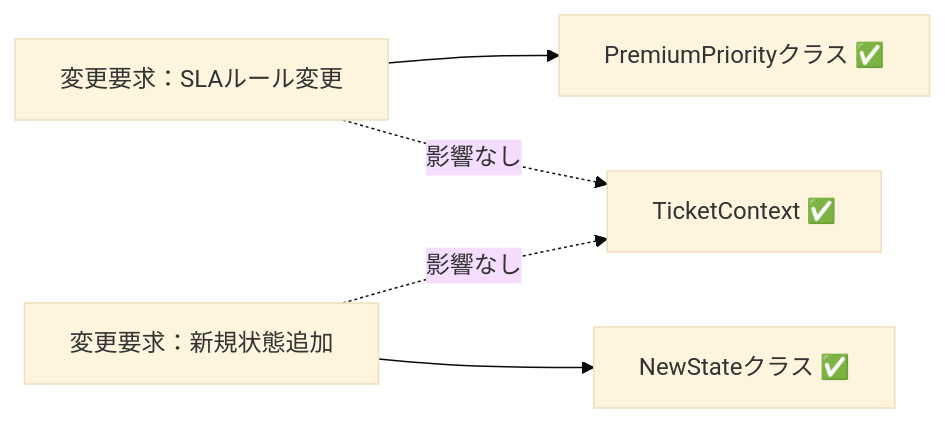
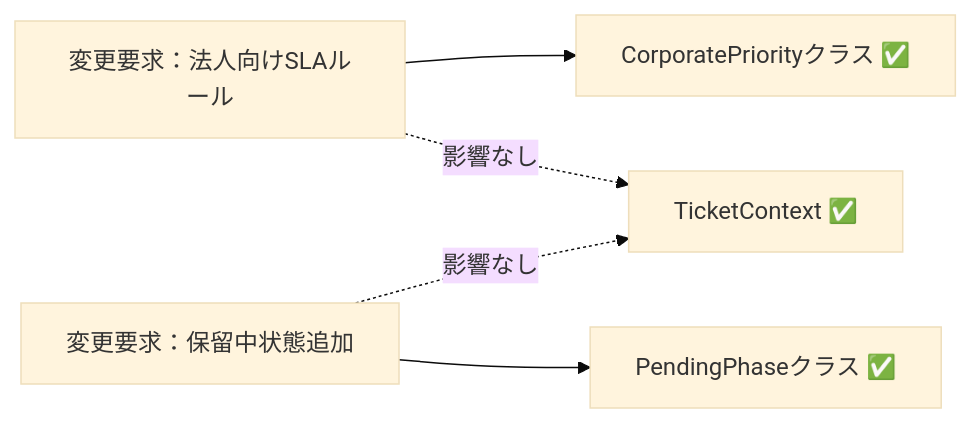
One commit to kumachan1101-pixel/DesignPattern changed diagram 13 of 16 in kindle/design-patterns/output/chapter09_2.md. Above: the diagram before and after it, drawn with Mermaid (base theme). The commit also changed other lines of this file and 12 other files, not shown here.

````diff
--- a/kindle/design-patterns/output/chapter09_2.md
+++ b/kindle/design-patterns/output/chapter09_2.md
@@ -1762,7 +1815,7 @@
 ```mermaid
 graph LR
-    T1["変更要求：SLAルール変更"] --> F1["PremiumPriorityクラス ✅"]
+    T1["変更要求：法人向けSLAルール"] --> F1["CorporatePriorityクラス ✅"]
     T1 -. "影響なし" .-> A["TicketContext ✅"]
-    T2["変更要求：新規状態追加"] --> F2["NewStateクラス ✅"]
+    T2["変更要求：保留中状態追加"] --> F2["PendingPhaseクラス ✅"]
     T2 -. "影響なし" .-> A
 ```
````
